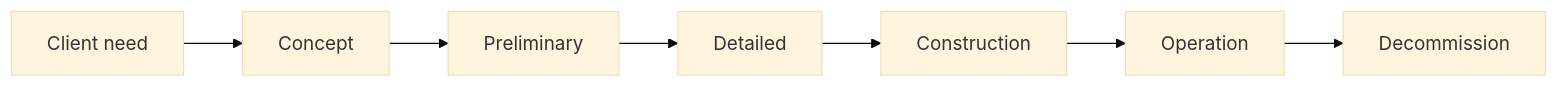
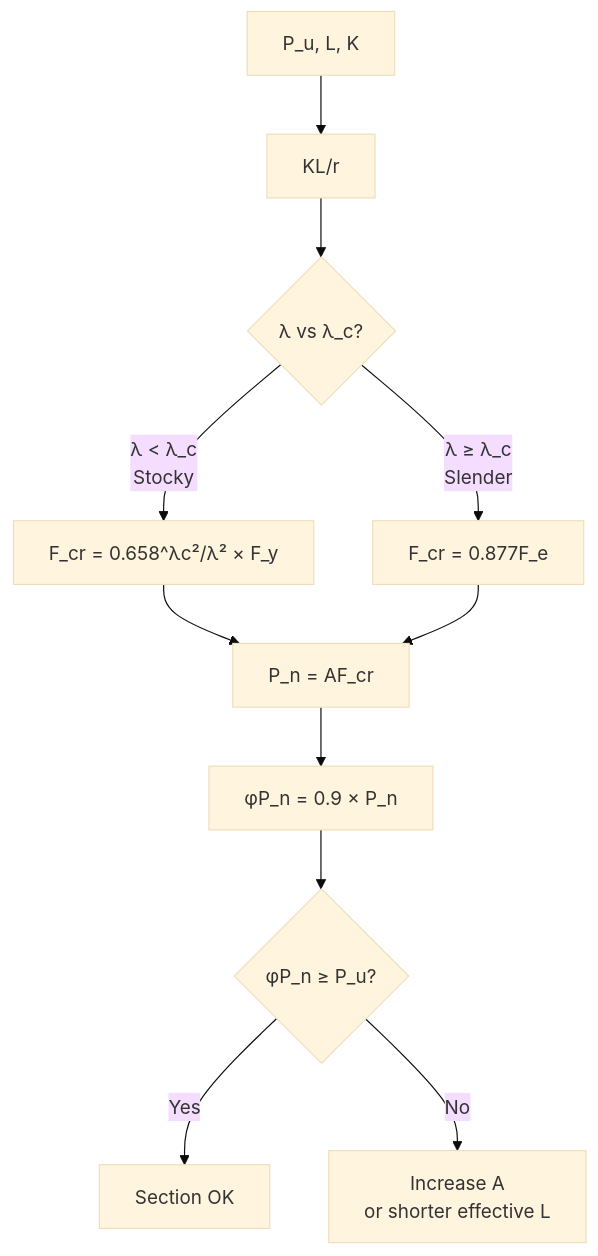
Before and after one commit to yip-lgtm/civil-bootcamp: the fifth of 7 diagrams in MIT_CEE_Core/Track_2_Mechanics_Materials/Structural_Design/03_1.036_Structural_Mechanics_and_Design.md, drawn with Mermaid (base theme). The commit also changed other lines of this file and 21 other files, not shown here.

````diff
--- a/MIT_CEE_Core/Track_2_Mechanics_Materials/Structural_Design/03_1.036_Structural_Mechanics_and_Design.md
+++ b/MIT_CEE_Core/Track_2_Mechanics_Materials/Structural_Design/03_1.036_Structural_Mechanics_and_Design.md
@@ -294,9 +440,13 @@
 ```mermaid
-graph LR
-    A[Client need] --> B[Concept]
-    B --> C[Preliminary]
-    C --> D[Detailed]
-    D --> E[Construction]
-    E --> F[Operation]
-    F --> G[Decommission]
+flowchart TD
+    A[P_u, L, K] --> B[KL/r]
+    B --> C{λ vs λ_c?}
+    C -->|λ < λ_c<br/>Stocky| D[F_cr = 0.658^λc²/λ² × F_y]
+    C -->|λ ≥ λ_c<br/>Slender| E[F_cr = 0.877F_e]
+    D --> F[P_n = AF_cr]
+    E --> F
+    F --> G[φP_n = 0.9 × P_n]
+    G --> H{φP_n ≥ P_u?}
+    H -->|Yes| I[Section OK]
+    H -->|No| J[Increase A<br/>or shorter effective L]
 ```
````
